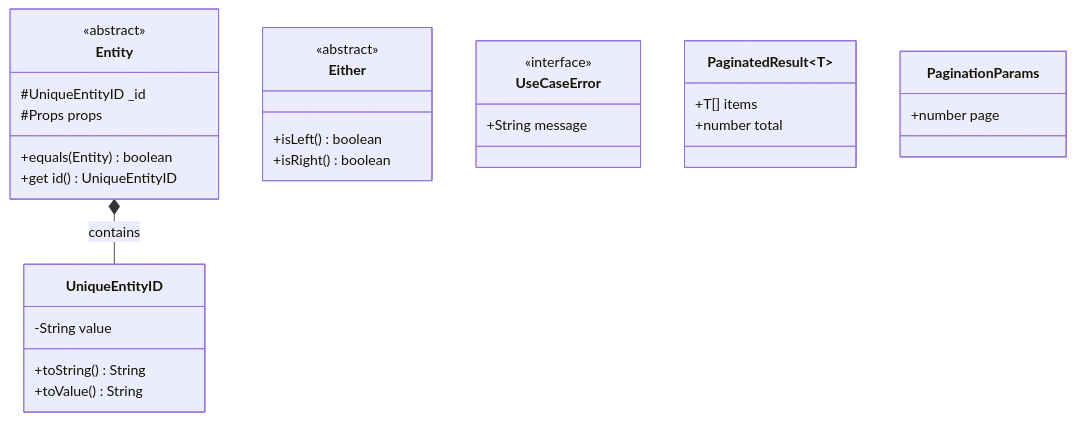
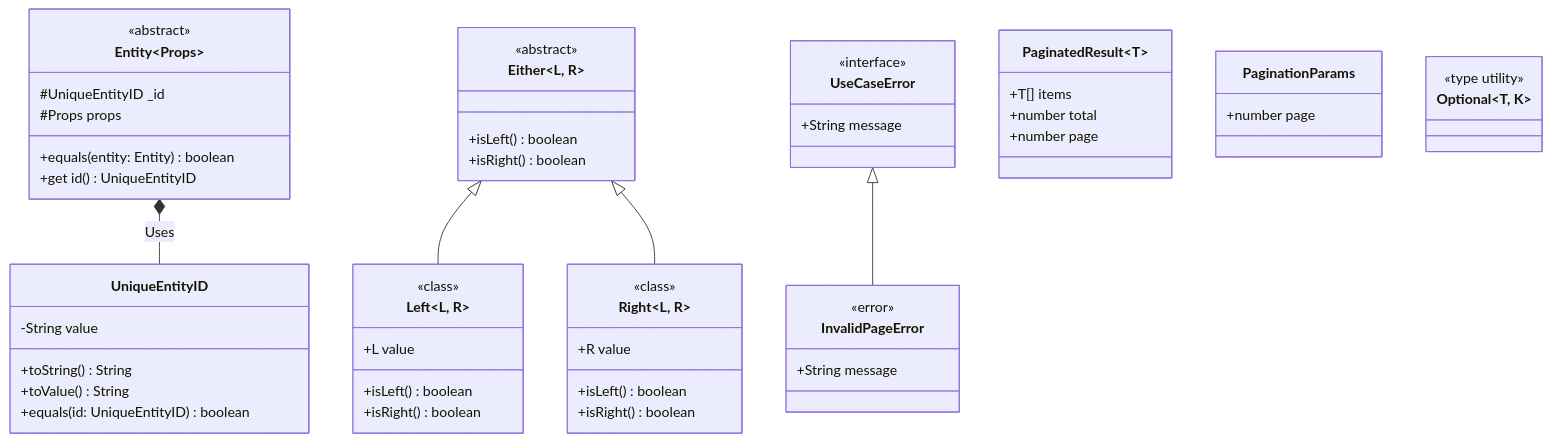
Before and after one commit to josevictorn/vero: the first of 4 diagrams in architecture.md, drawn with Mermaid. The commit also changed other lines of this file, not shown here.

Commit message:
feat: :sparkles: enhance architecture documentation with detailed diagrams and additional entity properties

````diff
--- a/architecture.md
+++ b/architecture.md
@@ -8,33 +8,64 @@
 ```mermaid
 classDiagram
-  class Entity {
+  class Entity~Props~ {
     <<abstract>>
     #UniqueEntityID _id
     #Props props
-    +equals(Entity) boolean
+    +equals(entity: Entity) boolean
     +get id() UniqueEntityID
   }
+  
   class UniqueEntityID {
     -String value
     +toString() String
     +toValue() String
+    +equals(id: UniqueEntityID) boolean
   }
-  class Either {
+
+  class Either~L, R~ {
     <<abstract>>
     +isLeft() boolean
     +isRight() boolean
   }
+  class Left~L, R~ {
+    <<class>>
+    +L value
+    +isLeft() boolean
+    +isRight() boolean
+  }
+  class Right~L, R~ {
+    <<class>>
+    +R value
+    +isLeft() boolean
+    +isRight() boolean
+  }
+
   class UseCaseError {
     <<interface>>
     +String message
   }
+  
+  class InvalidPageError {
+    <<error>>
+    +String message
+  }
+
   class PaginatedResult~T~ {
     +T[] items
     +number total
+    +number page
   }
+  
   class PaginationParams {
     +number page
   }
   
-  Entity *-- UniqueEntityID : contains
+  class Optional~T, K~ {
+    <<type utility>>
+  }
+
+  Either <|-- Left
+  Either <|-- Right
+  UseCaseError <|-- InvalidPageError
+  Entity *-- UniqueEntityID : Uses
 ```
````
